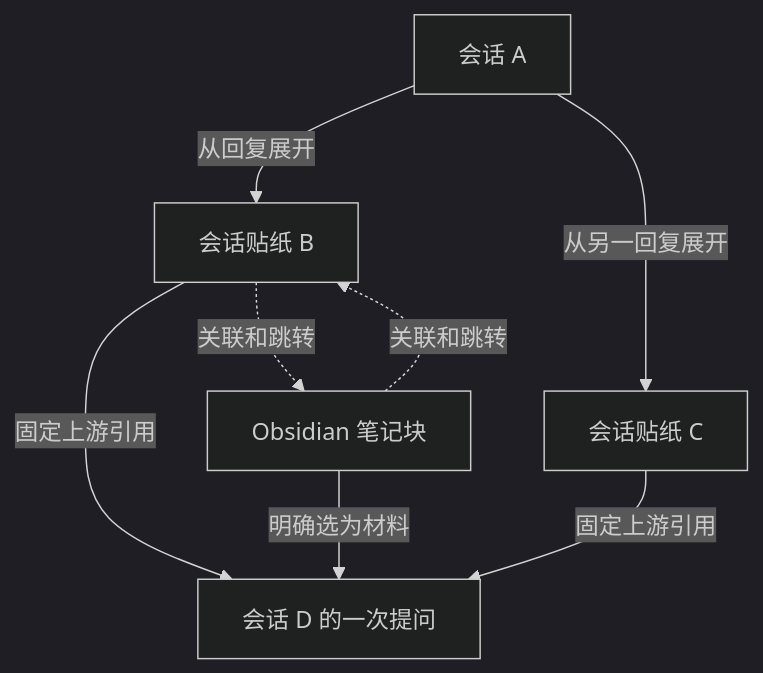
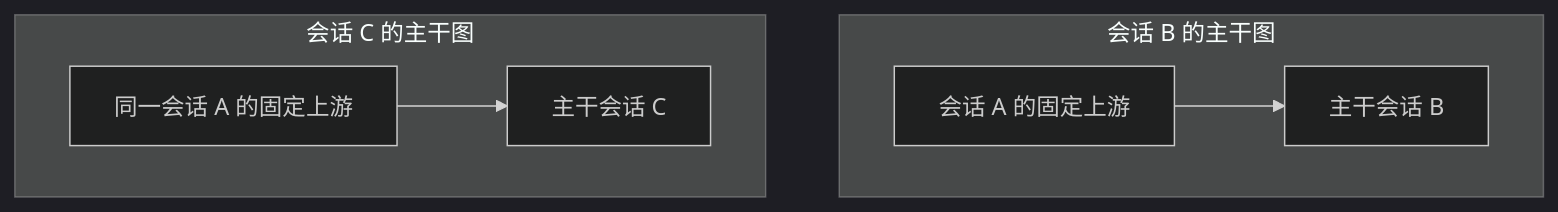
One commit to linmu115/dsh-session-maintenance changed the diagram in docs/superpowers/specs/2026-09-10-session-context-graph-requirements.md. Above: the diagram before and after it, drawn with Mermaid (dark theme). The commit also changed other lines of this file and 3 other files, not shown here.

Commit message:
docs: specify session-owned context graphs and interaction scope

````diff
--- a/docs/superpowers/specs/2026-09-10-session-context-graph-requirements.md
+++ b/docs/superpowers/specs/2026-09-10-session-context-graph-requirements.md
@@ -64,10 +75,9 @@
 ```mermaid
 flowchart TD
-    A[会话 A] -->|从回复展开| B[会话贴纸 B]
-    A -->|从另一回复展开| C[会话贴纸 C]
-    B -->|固定上游引用| D[会话 D 的一次提问]
-    C -->|固定上游引用| D
-    N[Obsidian 笔记块] -.->|关联和跳转| B
-    B -.->|关联和跳转| N
-    N -->|明确选为材料| D
+    subgraph GB[会话 B 的主干图]
+      AB[会话 A 的固定上游] --> B[主干会话 B]
+    end
+    subgraph GC[会话 C 的主干图]
+      AC[同一会话 A 的固定上游] --> C[主干会话 C]
+    end
 ```
````
